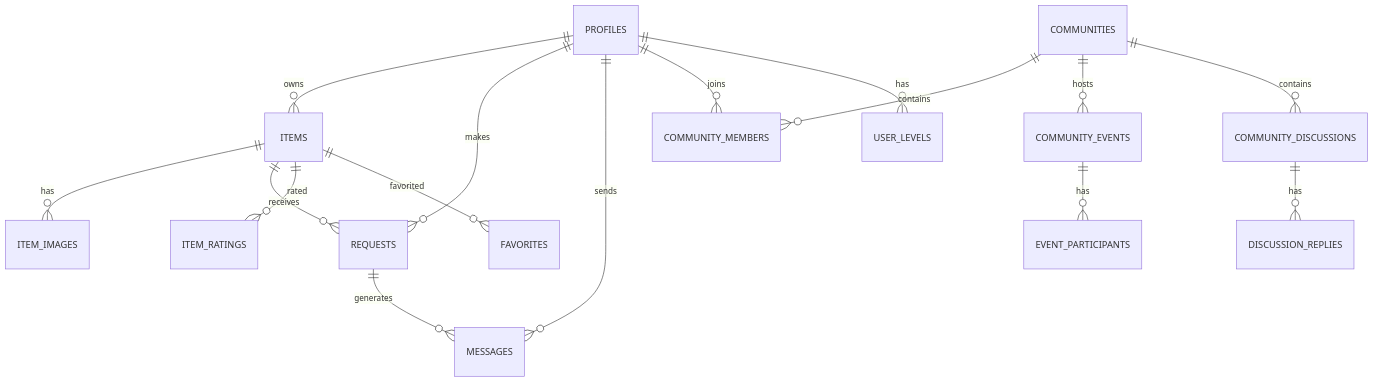
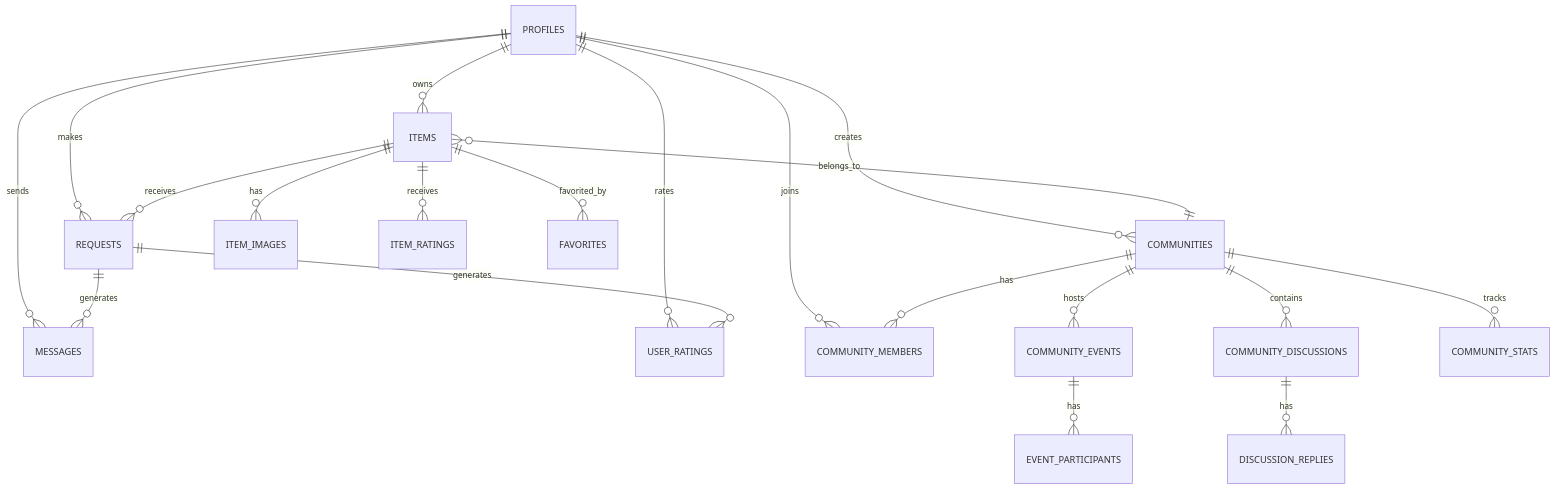
Before and after one commit to moonback/Echangeo-officiel: the diagram in docs/DB_SCHEMA.md, drawn with Mermaid. The commit also changed other lines of this file and 5 other files, not shown here.

First line of the commit message:
Refactor NearbyItemsMap component for improved user location handling and styling

````diff
--- a/docs/DB_SCHEMA.md
+++ b/docs/DB_SCHEMA.md
@@ -9,22 +9,26 @@
 ```mermaid
 erDiagram
     PROFILES ||--o{ ITEMS : owns
     PROFILES ||--o{ REQUESTS : makes
     PROFILES ||--o{ MESSAGES : sends
+    PROFILES ||--o{ USER_RATINGS : rates
     PROFILES ||--o{ COMMUNITY_MEMBERS : joins
-    PROFILES ||--o{ USER_LEVELS : has
+    PROFILES ||--o{ COMMUNITIES : creates
     
     ITEMS ||--o{ ITEM_IMAGES : has
     ITEMS ||--o{ REQUESTS : receives
-    ITEMS ||--o{ ITEM_RATINGS : rated
-    ITEMS ||--o{ FAVORITES : favorited
+    ITEMS ||--o{ ITEM_RATINGS : receives
+    ITEMS ||--o{ FAVORITES : favorited_by
+    ITEMS }o--|| COMMUNITIES : belongs_to
     
-    COMMUNITIES ||--o{ COMMUNITY_MEMBERS : contains
+    REQUESTS ||--o{ MESSAGES : generates
+    REQUESTS ||--o{ USER_RATINGS : generates
+    
+    COMMUNITIES ||--o{ COMMUNITY_MEMBERS : has
     COMMUNITIES ||--o{ COMMUNITY_EVENTS : hosts
     COMMUNITIES ||--o{ COMMUNITY_DISCUSSIONS : contains
-    
-    REQUESTS ||--o{ MESSAGES : generates
+    COMMUNITIES ||--o{ COMMUNITY_STATS : tracks
     
     COMMUNITY_EVENTS ||--o{ EVENT_PARTICIPANTS : has
     COMMUNITY_DISCUSSIONS ||--o{ DISCUSSION_REPLIES : has
 ```
````
